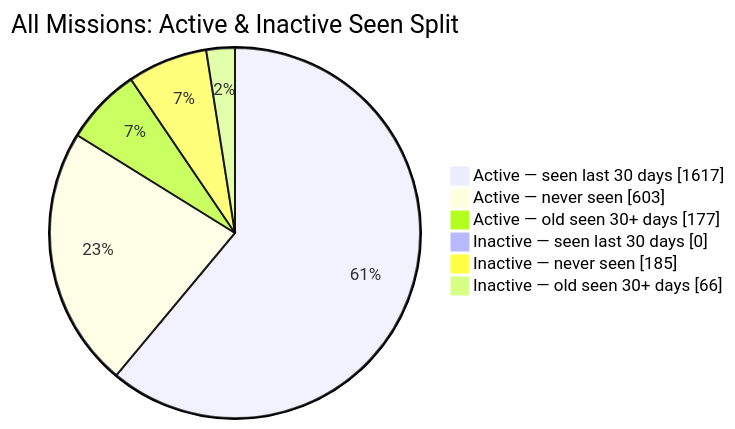
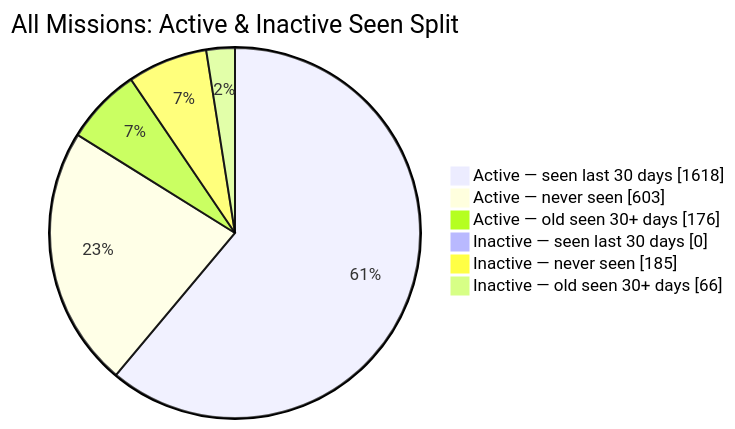
The second of 2 diagrams in README.md (MeldkamerspelGameTeam/active-missions), drawn with Mermaid before and after one commit. The commit also changed other lines of this file and 8 other files, not shown here.

````diff
--- a/README.md
+++ b/README.md
@@ -44,10 +44,10 @@
 ```mermaid
 pie showData
     title All Missions: Active & Inactive Seen Split
-    "Active — seen last 30 days" : 1617
+    "Active — seen last 30 days" : 1618
     "Active — never seen" : 603
-    "Active — old seen 30+ days" : 177
+    "Active — old seen 30+ days" : 176
     "Inactive — seen last 30 days" : 0
     "Inactive — never seen" : 185
     "Inactive — old seen 30+ days" : 66
 ```
````
